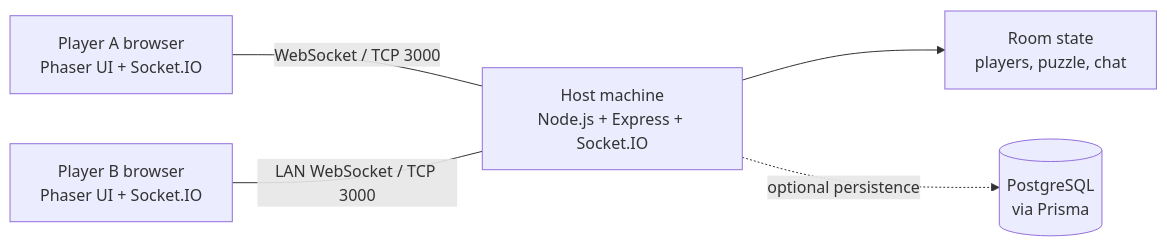
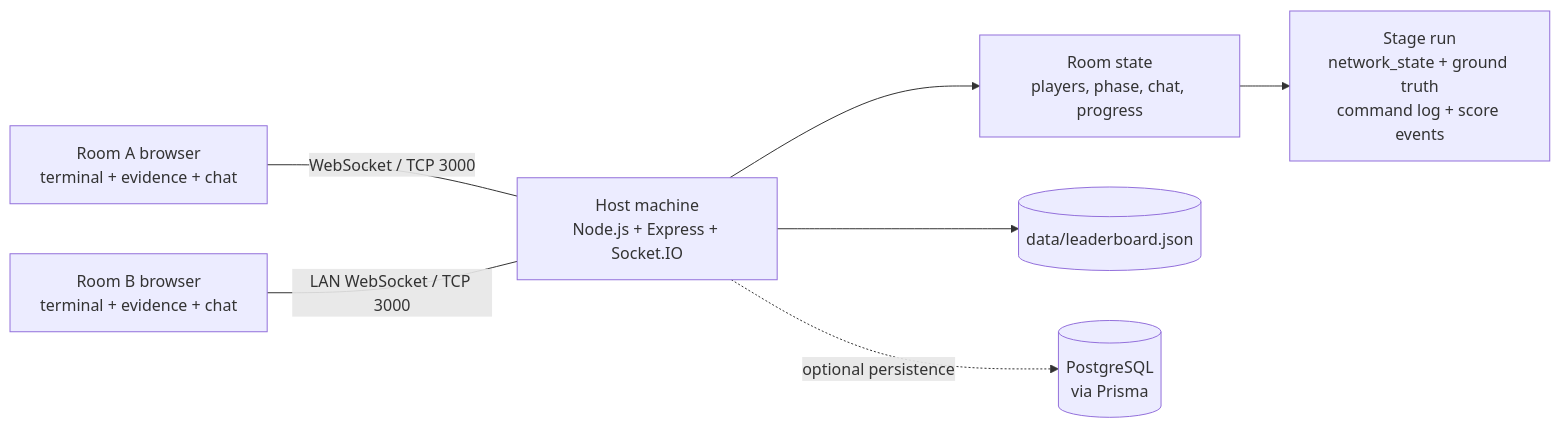
One commit to PEPOYKUB/Game_Network changed the diagram in docs/network-architecture.md. Above: the diagram before and after it, drawn with Mermaid. The commit also changed other lines of this file and 71 other files, not shown here.

````diff
--- a/docs/network-architecture.md
+++ b/docs/network-architecture.md
@@ -3,7 +3,9 @@
 ```mermaid
 flowchart LR
-  A[Player A browser\nPhaser UI + Socket.IO] ---|WebSocket / TCP 3000| H[Host machine\nNode.js + Express + Socket.IO]
-  B[Player B browser\nPhaser UI + Socket.IO] ---|LAN WebSocket / TCP 3000| H
-  H --> S[Room state\nplayers, puzzle, chat]
+  A[Room A browser\nterminal + evidence + chat] ---|WebSocket / TCP 3000| H[Host machine\nNode.js + Express + Socket.IO]
+  B[Room B browser\nterminal + evidence + chat] ---|LAN WebSocket / TCP 3000| H
+  H --> R[Room state\nplayers, phase, chat, progress]
+  R --> S[Stage run\nnetwork_state + ground truth\ncommand log + score events]
+  H --> L[(data/leaderboard.json)]
   H -. optional persistence .-> P[(PostgreSQL\nvia Prisma)]
 ```
````
